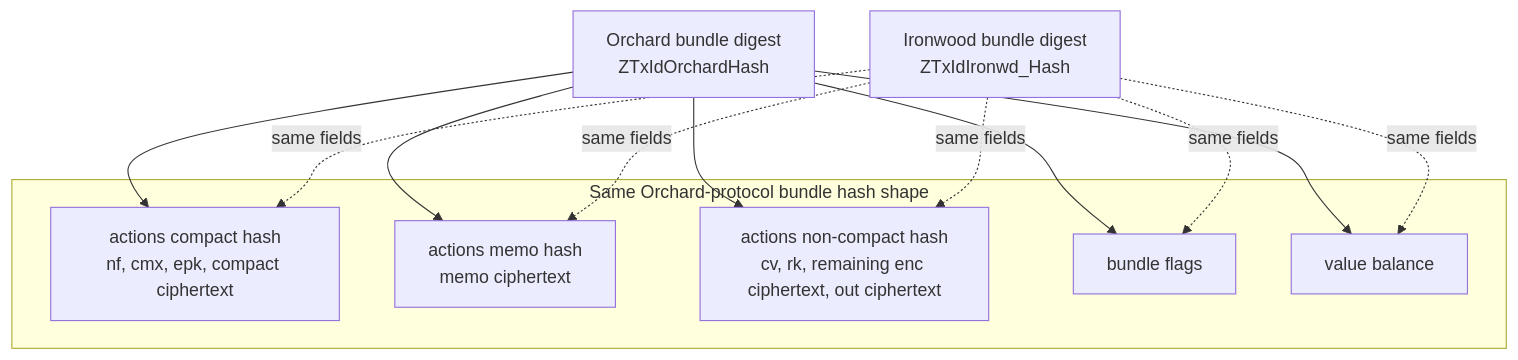
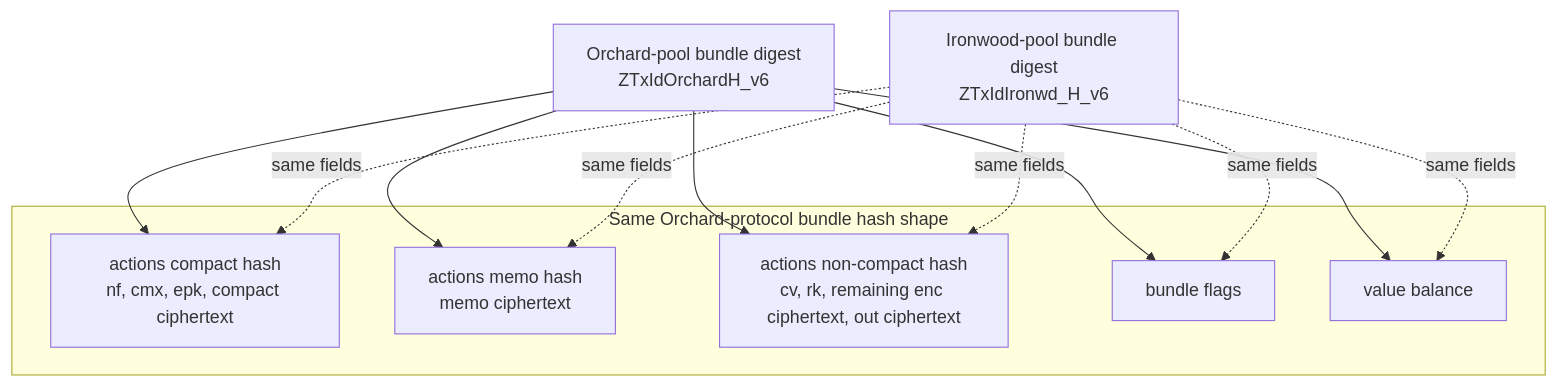
Before and after one commit to TalDerei/ironwood: the second of 2 diagrams in book/src/design/transaction-format.md, drawn with Mermaid.

Commit message:
Correct the digest personalizations.

````diff
--- a/book/src/design/transaction-format.md
+++ b/book/src/design/transaction-format.md
@@ -32,25 +32,25 @@
 ```mermaid
 flowchart TD
-    OrchardBundle["Orchard bundle digest<br/>ZTxIdOrchardHash"]
-    IronwoodBundle["Ironwood bundle digest<br/>ZTxIdIronwd_Hash"]
+    OrchardBundle["Orchard-pool bundle digest<br/>ZTxIdOrchardH_v6"]
+    IronwoodBundle["Ironwood-pool bundle digest<br/>ZTxIdIronwd_H_v6"]
 
     subgraph Shape["Same Orchard-protocol bundle hash shape"]
         Compact["actions compact hash<br/>nf, cmx, epk, compact ciphertext"]
         Memos["actions memo hash<br/>memo ciphertext"]
         NonCompact["actions non-compact hash<br/>cv, rk, remaining enc ciphertext, out ciphertext"]
         Flags["bundle flags"]
         Value["value balance"]
     end
 
     OrchardBundle --> Compact
     OrchardBundle --> Memos
     OrchardBundle --> NonCompact
     OrchardBundle --> Flags
     OrchardBundle --> Value
 
     IronwoodBundle -. same fields .-> Compact
     IronwoodBundle -. same fields .-> Memos
     IronwoodBundle -. same fields .-> NonCompact
     IronwoodBundle -. same fields .-> Flags
     IronwoodBundle -. same fields .-> Value
 ```
````
